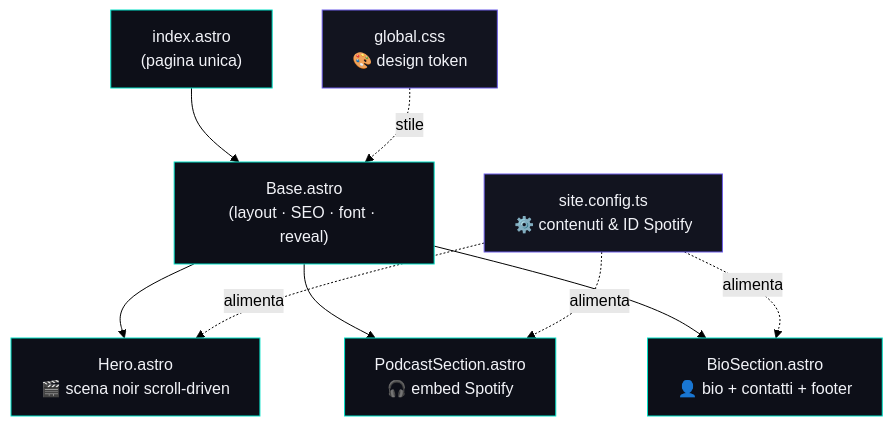
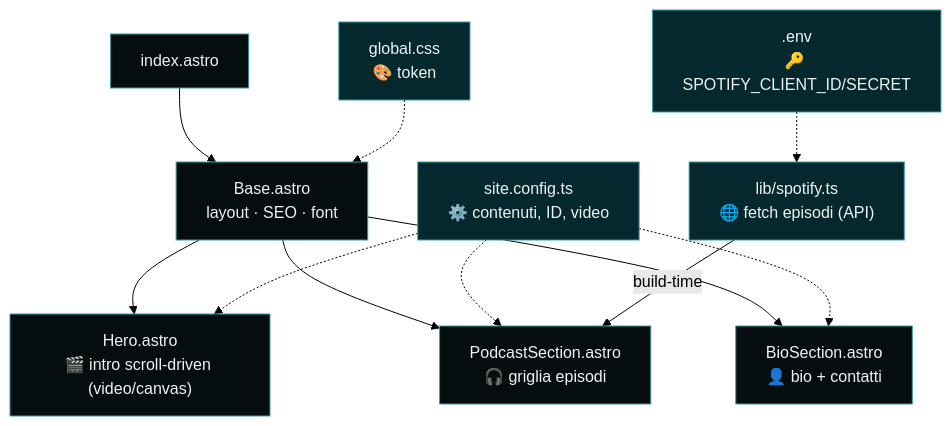
Before and after one commit to tramitemarketing/IlRitornoDelFedino: the first of 2 diagrams in README.md, drawn with Mermaid (forest theme). The commit also changed other lines of this file and 6 other files, not shown here.

First line of the commit message:
Nero+turchese, intro a 3 atti, griglia episodi auto via Spotify API

````diff
--- a/README.md
+++ b/README.md
@@ -46,18 +45,19 @@
 ```mermaid
 graph TD
-    A["index.astro<br/>(pagina unica)"] --> B["Base.astro<br/>(layout · SEO · font · reveal)"]
-    B --> H["Hero.astro<br/>🎬 scena noir scroll-driven"]
-    B --> P["PodcastSection.astro<br/>🎧 embed Spotify"]
-    B --> Bio["BioSection.astro<br/>👤 bio + contatti + footer"]
+    A["index.astro"] --> B["Base.astro<br/>layout · SEO · font"]
+    B --> H["Hero.astro<br/>🎬 intro scroll-driven (video/canvas)"]
+    B --> P["PodcastSection.astro<br/>🎧 griglia episodi"]
+    B --> Bio["BioSection.astro<br/>👤 bio + contatti"]
 
-    CFG["site.config.ts<br/>⚙️ contenuti & ID Spotify"] -.alimenta.-> H
-    CFG -.alimenta.-> P
-    CFG -.alimenta.-> Bio
+    CFG["site.config.ts<br/>⚙️ contenuti, ID, video"] -.-> H
+    CFG -.-> P
+    CFG -.-> Bio
+    SPO["lib/spotify.ts<br/>🌐 fetch episodi (API)"] -->|build-time| P
+    ENV[".env<br/>🔑 SPOTIFY_CLIENT_ID/SECRET"] -.-> SPO
+    CSS["global.css<br/>🎨 token"] -.-> B
 
-    CSS["global.css<br/>🎨 design token"] -.stile.-> B
-
-    classDef cfg fill:#12141f,stroke:#6c5ce7,color:#f2f3f8;
-    classDef cmp fill:#0d0f18,stroke:#00e0c6,color:#f2f3f8;
-    class CFG,CSS cfg;
+    classDef cfg fill:#04282e,stroke:#3f9aa6,color:#eef3f3;
+    classDef cmp fill:#050d0f,stroke:#3f9aa6,color:#eef3f3;
+    class CFG,CSS,SPO,ENV cfg;
     class A,B,H,P,Bio cmp;
 ```
````
